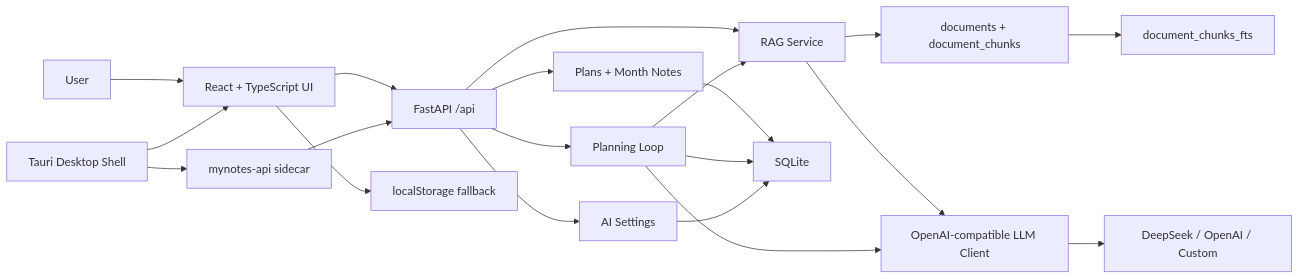
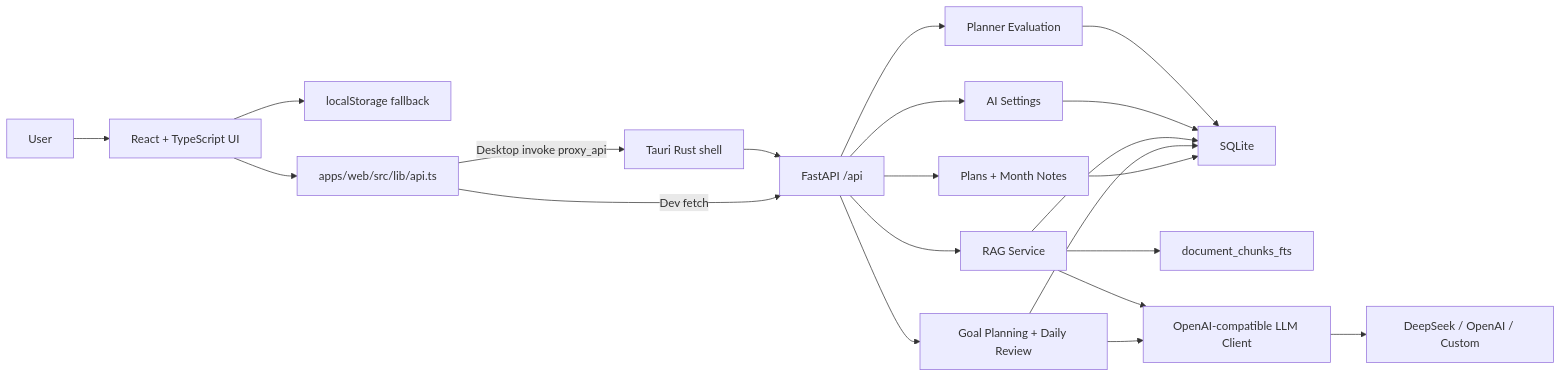
Before and after one commit to ab2956955606-cmyk/Planix: the first of 2 diagrams in README.md, drawn with Mermaid. The commit also changed other lines of this file and 2 other files, not shown here.

````diff
--- a/README.md
+++ b/README.md
@@ -73,22 +73,27 @@
 ```mermaid
 flowchart LR
-  U["User"] --> FE["React + TypeScript UI"]
-  DESK["Tauri Desktop Shell"] --> FE
-  FE --> API["FastAPI /api"]
-  FE --> LS["localStorage fallback"]
-  API --> PLAN["Plans + Month Notes"]
-  API --> LOOP["Planning Loop"]
-  API --> RAG["RAG Service"]
-  API --> SET["AI Settings"]
-  PLAN --> DB["SQLite"]
+  U["User"] --> UI["React + TypeScript UI"]
+  UI --> LOCAL["localStorage fallback"]
+  UI --> API_CLIENT["apps/web/src/lib/api.ts"]
+
+  API_CLIENT -->|Dev fetch| FASTAPI["FastAPI /api"]
+  API_CLIENT -->|Desktop invoke proxy_api| TAURI["Tauri Rust shell"]
+  TAURI --> FASTAPI
+
+  FASTAPI --> PLANS["Plans + Month Notes"]
+  FASTAPI --> LOOP["Goal Planning + Daily Review"]
+  FASTAPI --> RAG["RAG Service"]
+  FASTAPI --> SETTINGS["AI Settings"]
+  FASTAPI --> EVAL["Planner Evaluation"]
+
+  PLANS --> DB["SQLite"]
   LOOP --> DB
-  SET --> DB
-  RAG --> DOC["documents + document_chunks"]
-  DOC --> FTS["document_chunks_fts"]
-  LOOP --> RAG
-  RAG --> LLM["OpenAI-compatible LLM Client"]
-  LOOP --> LLM
+  RAG --> DB
+  SETTINGS --> DB
+  EVAL --> DB
+
+  RAG --> FTS["document_chunks_fts"]
+  LOOP --> LLM["OpenAI-compatible LLM Client"]
+  RAG --> LLM
   LLM --> PROVIDER["DeepSeek / OpenAI / Custom"]
-  DESK --> SIDE["mynotes-api sidecar"]
-  SIDE --> API
 ```
````
